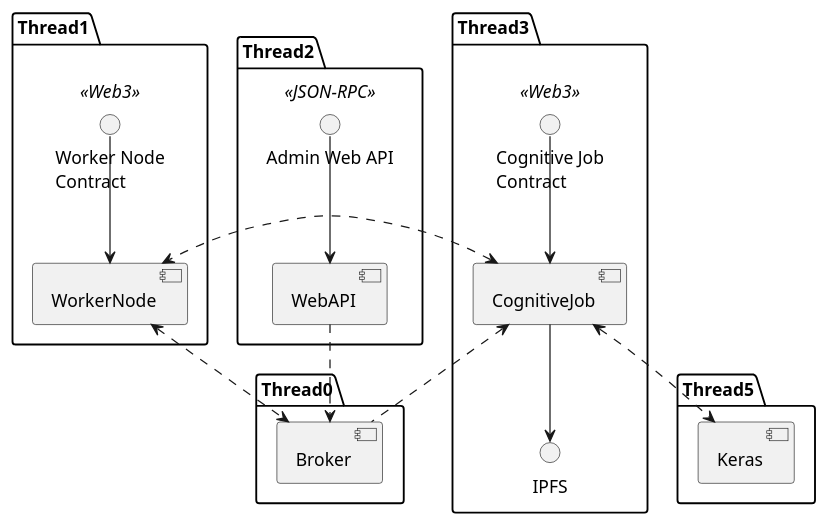
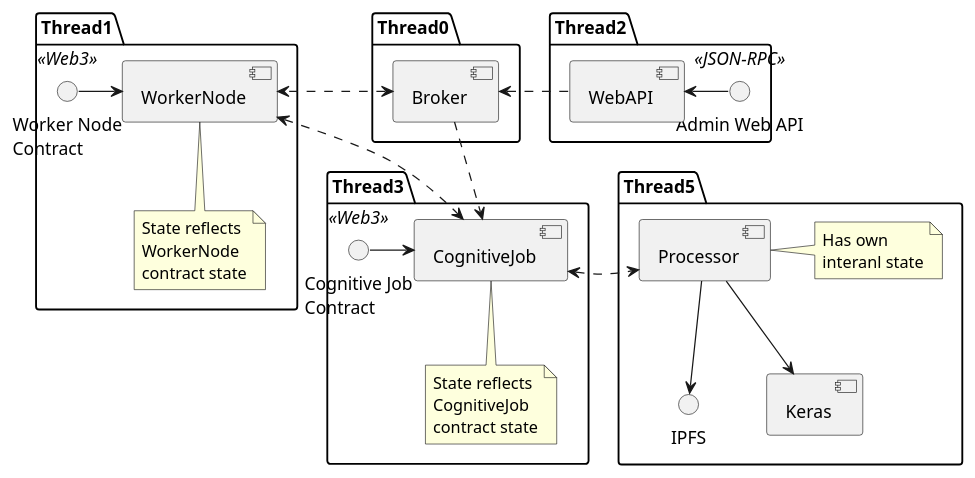
The diagram in docs/uml/components.puml (pandoraboxchain/pyrrha-pynode), drawn with PlantUML before and after one commit. The commit also changed 3 other files, not shown here.

Commit message:
Working on details of classes and components UML diagrams

```diff
--- a/docs/uml/components.puml
+++ b/docs/uml/components.puml
@@ -1,38 +1,57 @@
 @startuml
 skinparam componentStyle uml2
 
 package Thread1 {
     () "Worker Node\nContract" << Web3 >> as workerContract
     [WorkerNode]
-    [WorkerNode] <-up- workerContract
+    [WorkerNode] <-left- workerContract
+
+    note bottom of [WorkerNode]
+        State reflects
+        WorkerNode
+        contract state
+    end note
 }
 
 package Thread2 {
     () "Admin Web API" << JSON-RPC >> as webAPI
     [WebAPI]
-    [WebAPI] <-up- webAPI
+    [WebAPI] <-right- webAPI
 }
 
 package Thread3 {
     () "Cognitive Job\nContract" << Web3 >> as jobContract
-    () IPFS
     [CognitiveJob]
-    [CognitiveJob] <-up- jobContract
-    [CognitiveJob] -down-> IPFS
+    [CognitiveJob] <-left- jobContract
+
+    note bottom of [CognitiveJob]
+        State reflects
+        CognitiveJob
+        contract state
+    end note
 }
 
 package Thread0 {
     [Broker]
 }
 
 package Thread5 {
+    () IPFS
+    [Processor]
     [Keras]
+    [Processor] --> [Keras]
+    [Processor] --> IPFS
+
+    note right of [Processor]
+        Has own
+        interanl state
+    end note
 }
 
-[Broker] <.up. [WebAPI]
-[Broker] <.up.> [WorkerNode]
-[Broker] .up.> [CognitiveJob]
-[WorkerNode] <.left.> [CognitiveJob]
-[CognitiveJob] <..> [Keras]
+[Broker] <.right. [WebAPI]
+[Broker] <.right.> [WorkerNode]
+[Broker] .right.> [CognitiveJob]
+[WorkerNode] <..> [CognitiveJob]
+[CognitiveJob] <.right.> [Processor]
 
 @enduml
```
